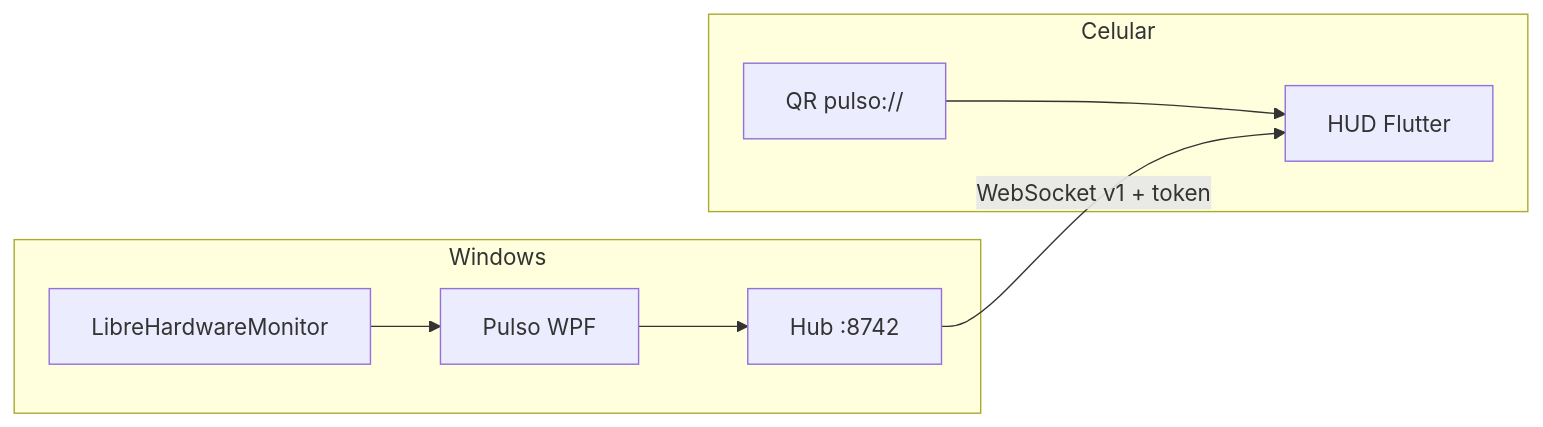
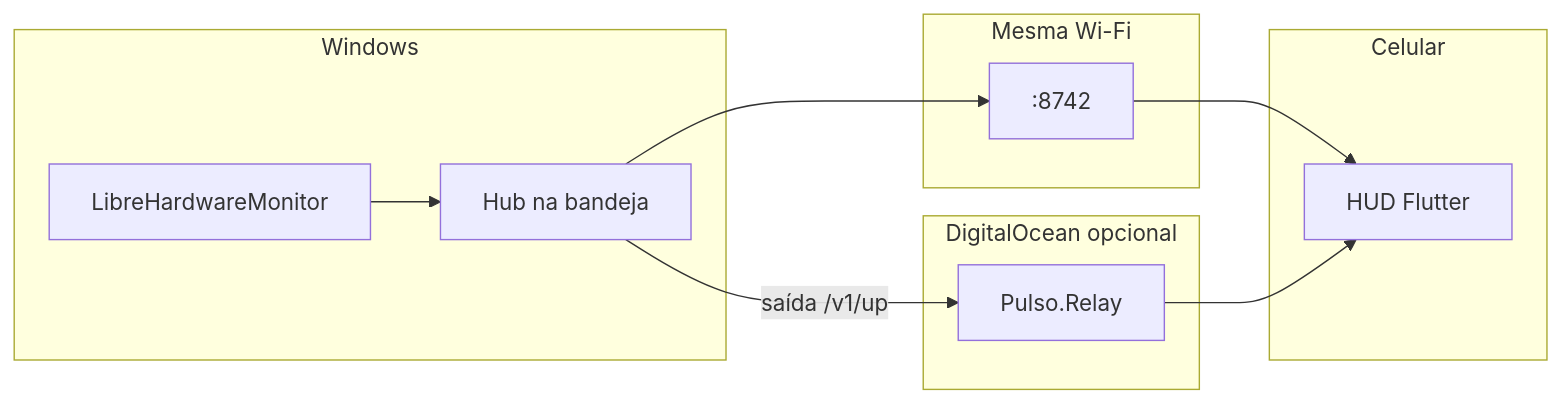
One commit to marcosangelo/pulso changed the diagram in README.md. Above: the diagram before and after it, drawn with Mermaid. The commit also changed other lines of this file and 38 other files, not shown here.

First line of the commit message:
Add LAN-first Ocean fallback so the HUD still works off the home Wi-Fi.

````diff
--- a/README.md
+++ b/README.md
@@ -83,15 +83,19 @@
 ```mermaid
 flowchart LR
   subgraph pc [Windows]
     LHM[LibreHardwareMonitor]
-    UI[Pulso WPF]
-    Hub[Hub :8742]
-    LHM --> UI --> Hub
+    Tray[Hub na bandeja]
+    LHM --> Tray
+  end
+  subgraph lan [Mesma Wi-Fi]
+    Hub[":8742"]
+  end
+  subgraph cloud [DigitalOcean opcional]
+    Relay[Pulso.Relay]
   end
   subgraph phone [Celular]
-    QR[QR pulso://]
     HUD[HUD Flutter]
-    QR --> HUD
   end
-  Hub -->|"WebSocket v1 + token"| HUD
+  Tray --> Hub --> HUD
+  Tray -->|"saída /v1/up"| Relay --> HUD
 ```
````
